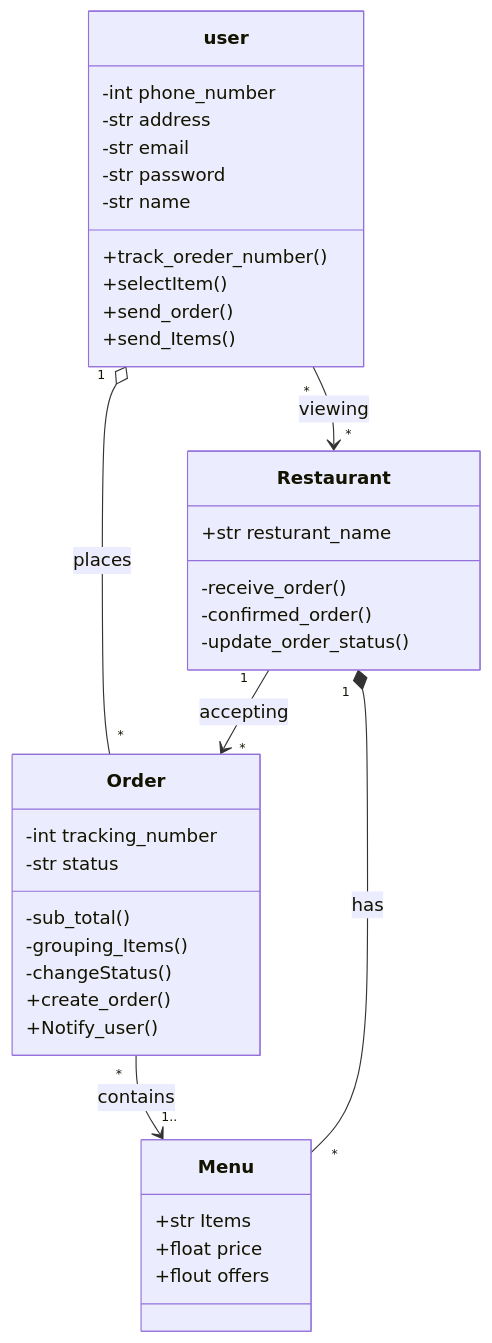
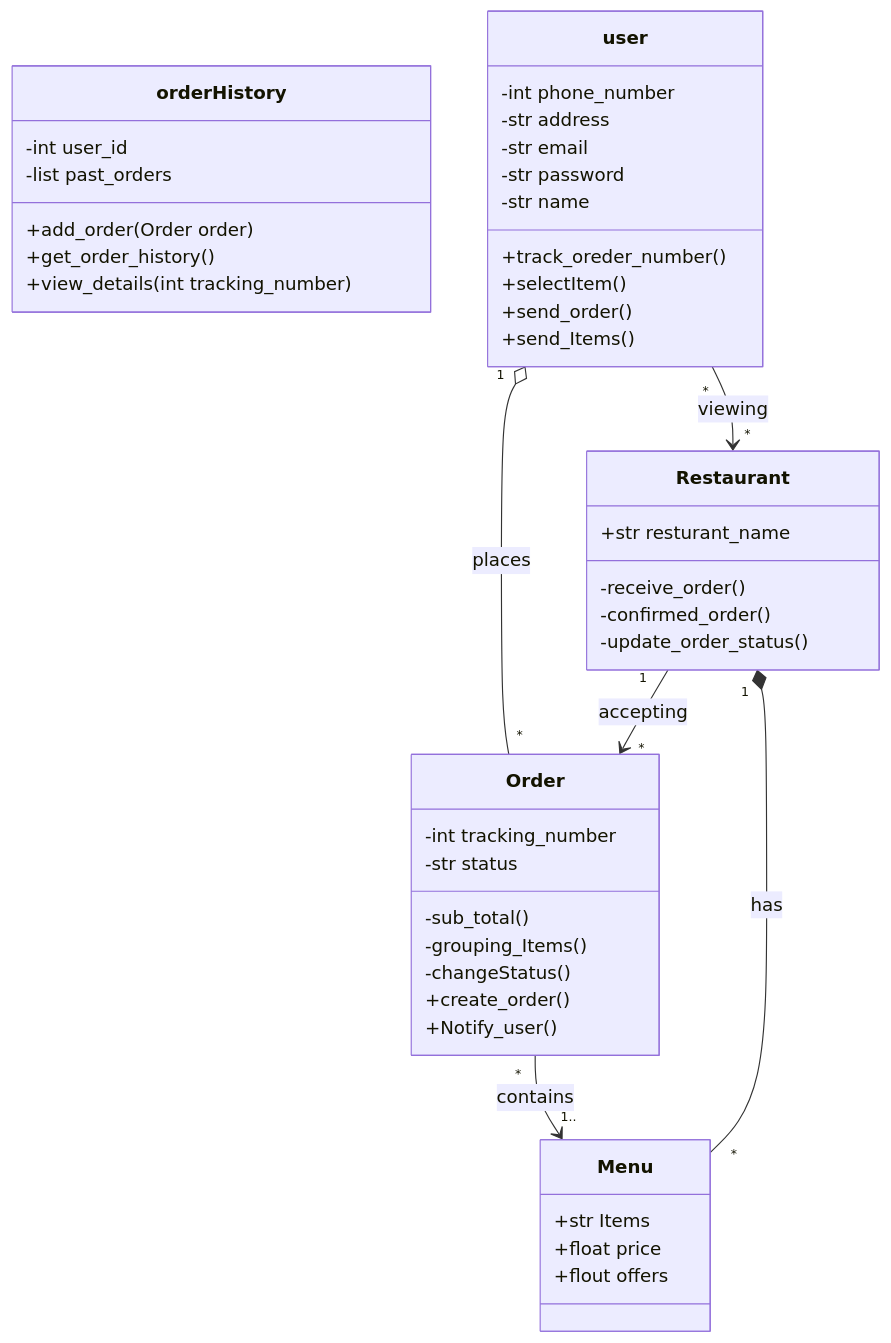
One commit to Tmadeer/Architecture_Plan_For_FoodDeliveryPlatform changed the diagram in diagramsUML/classDiagramFood.mmd. Above: the diagram before and after it, drawn with Mermaid.

Commit message:
last Update

```diff
--- a/diagramsUML/classDiagramFood.mmd
+++ b/diagramsUML/classDiagramFood.mmd
@@ -1,42 +1,49 @@
 classDiagram
 direction TB
     class Menu {
        +str  Items
        +float  price
        +flout offers
     }
 
     class Order {
        -int tracking_number
        -str status
        -sub_total()
        -grouping_Items()
        -changeStatus()
        +create_order()
        +Notify_user()
+    }
+class orderHistory {
+        -int user_id
+        -list past_orders
+        +add_order(Order order)
+        +get_order_history()
+        +view_details(int tracking_number)
     }
 
     class Restaurant {
         +str resturant_name
         -receive_order()
         -confirmed_order()
         -update_order_status()
     }
 
     class user {
         -int phone_number
         -str address
         -str email
         -str password
         -str name
         +track_oreder_number()
         +selectItem()
         +send_order()
 	+send_Items()
     }
 
  user "1" o-- "*" Order : places
 Restaurant "1" --> "*" Order : accepting
 Restaurant "1" *-- "*" Menu : has
 user "*" --> "*" Restaurant : viewing
 Order "*" --> "1.." Menu : contains
```
